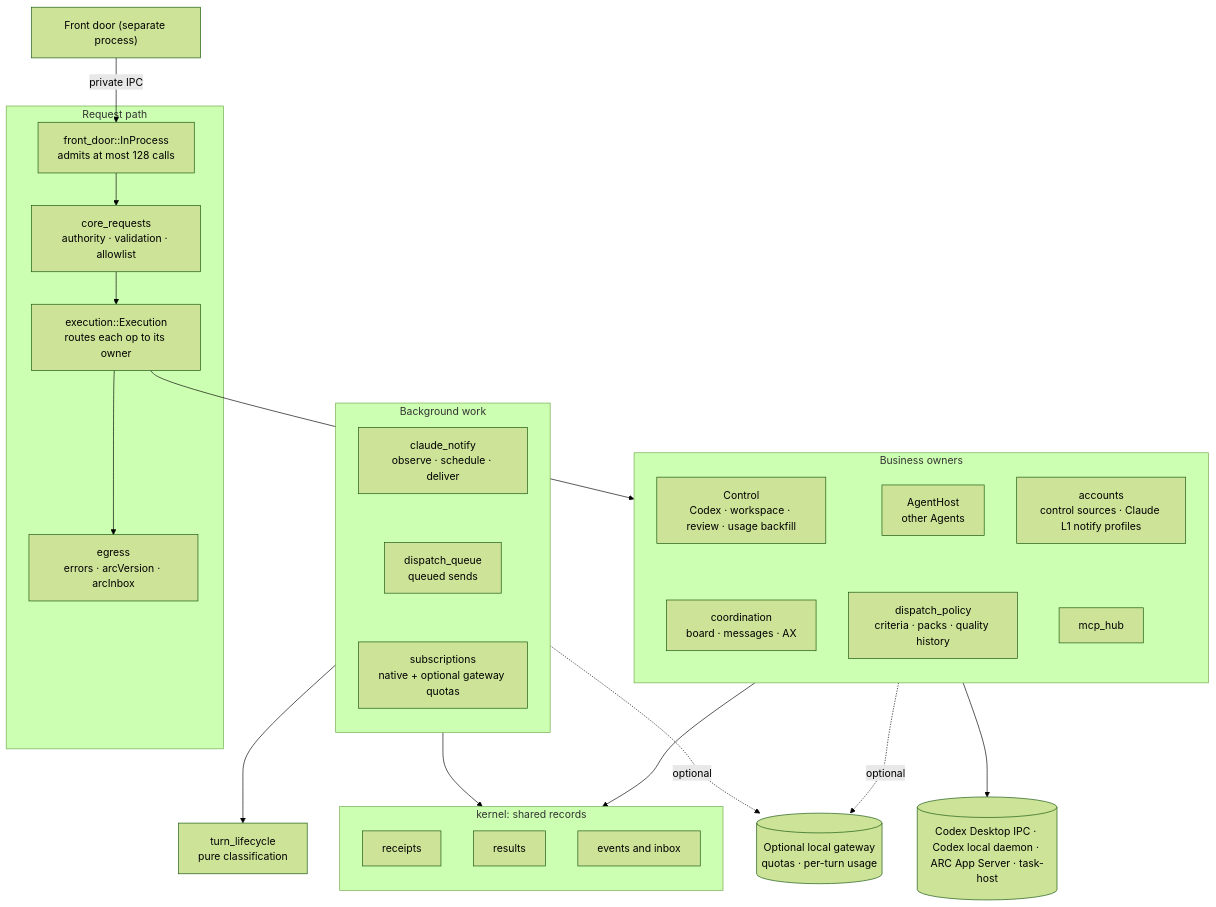
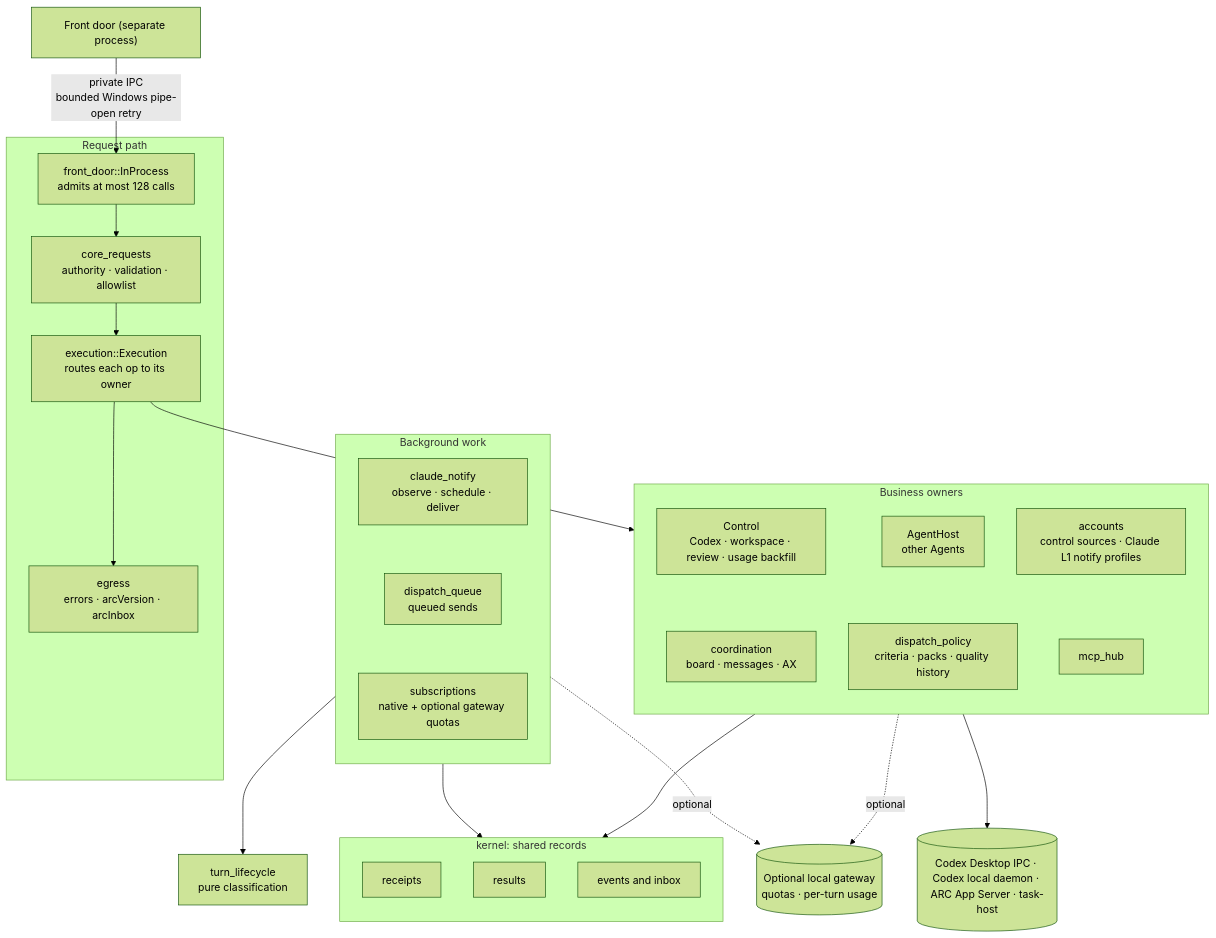
Before and after one commit to whzxc/agent-remote-control: the diagram in arch/components/core.mmd, drawn with Mermaid (forest theme). The commit also changed 3 other files, not shown here.

Commit message:
fix(front-door): retry busy Windows named pipes

```diff
--- a/arch/components/core.mmd
+++ b/arch/components/core.mmd
@@ -1,51 +1,51 @@
 %% Core internals (layer 1): request path, business owners, background work and shared records.
 %% Index and code mapping: docs/dev/arch-assets.md
 flowchart TB
   fdq["Front door (separate process)"]
   subgraph PATH["Request path"]
     inproc["front_door::InProcess<br/>admits at most 128 calls"]
     admit["core_requests<br/>authority · validation · allowlist"]
     exec["execution::Execution<br/>routes each op to its owner"]
     egress["egress<br/>errors · arcVersion · arcInbox"]
     inproc --> admit
     admit --> exec
     exec --> egress
   end
   subgraph OWNERS["Business owners"]
     direction TB
     control["Control<br/>Codex · workspace · review · usage backfill"]
     agenthost["AgentHost<br/>other Agents"]
     accounts["accounts<br/>control sources · Claude L1 notify profiles"]
     coord["coordination<br/>board · messages · AX"]
     policy["dispatch_policy<br/>criteria · packs · quality history"]
     hub["mcp_hub"]
     control ~~~ coord
     agenthost ~~~ policy
     accounts ~~~ hub
   end
   subgraph BG["Background work"]
     direction TB
     notify["claude_notify<br/>observe · schedule · deliver"]
     queue["dispatch_queue<br/>queued sends"]
     subs["subscriptions<br/>native + optional gateway quotas"]
     notify ~~~ queue
     queue ~~~ subs
   end
   subgraph KERNEL["kernel: shared records"]
     direction TB
     receipts["receipts"]
     results["results"]
     events["events and inbox"]
   end
   lifecycle["turn_lifecycle<br/>pure classification"]
   ext[("Codex Desktop IPC · Codex local daemon · ARC App Server · task-host")]
   gw[("Optional local gateway<br/>quotas · per-turn usage")]
-  fdq -->|"private IPC"| inproc
+  fdq -->|"private IPC<br/>bounded Windows pipe-open retry"| inproc
   exec --> OWNERS
   OWNERS --> KERNEL
   OWNERS --> ext
   OWNERS -.->|"optional"| gw
   BG -.->|"optional"| gw
   BG --> lifecycle
   BG --> KERNEL
   class hub experimental
```
